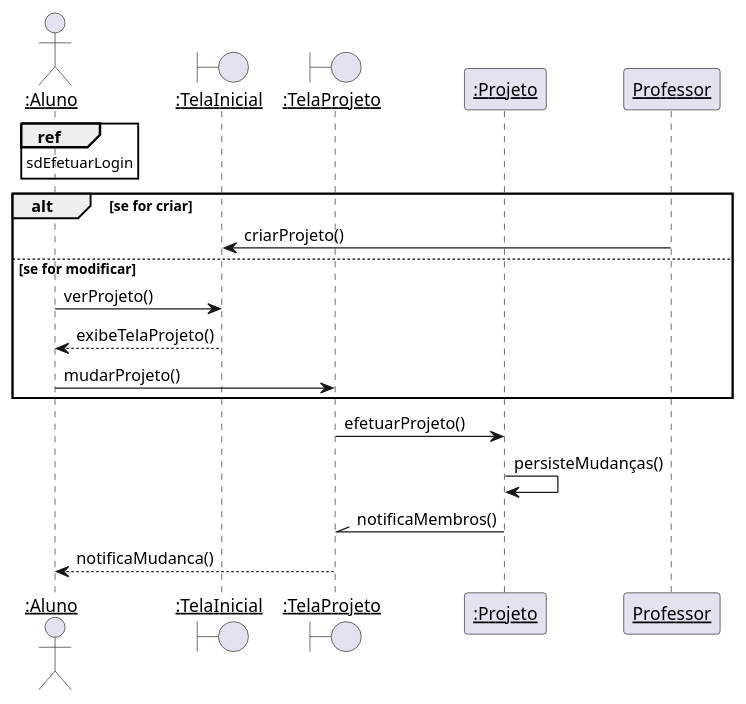
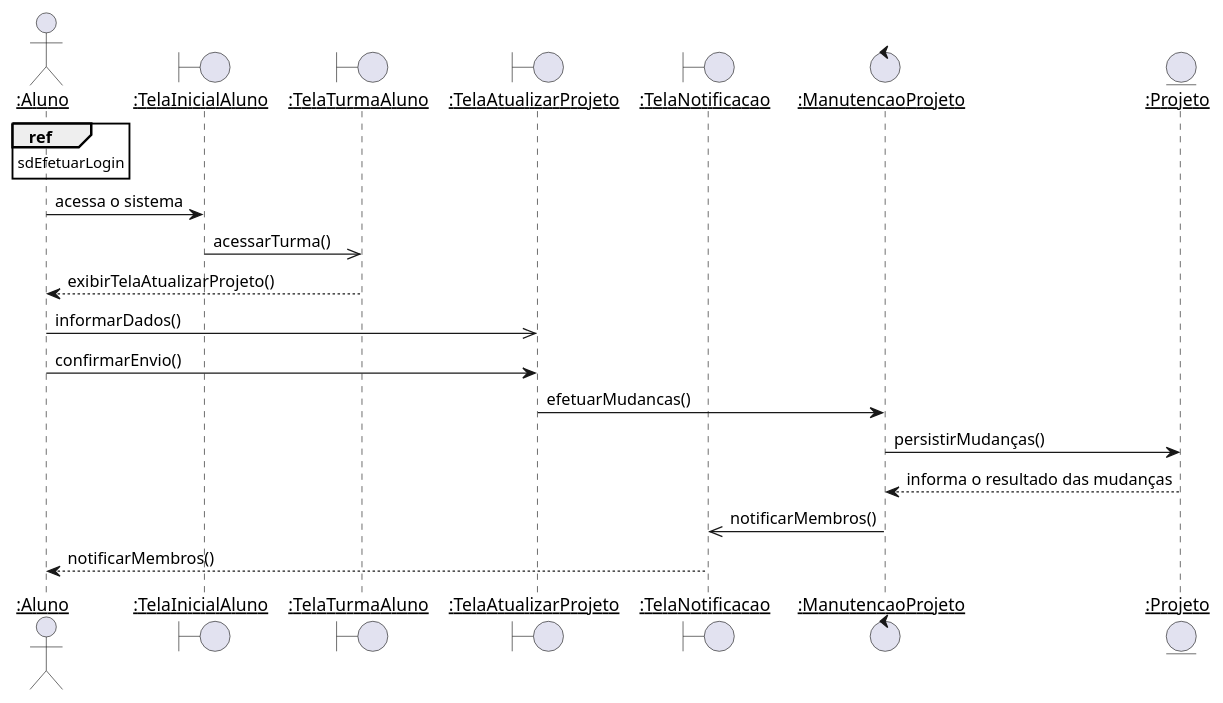
The diagram in diagramas/sequencia/manter_projeto.puml (Pedro-V/projetorium), drawn with PlantUML before and after one commit. The commit also changed 5 other files, not shown here.

Commit message:
Primeiros usecases feitos nos diagramas de classe e sequencia

```diff
--- a/diagramas/sequencia/manter_projeto.puml
+++ b/diagramas/sequencia/manter_projeto.puml
@@ -1,23 +1,25 @@
 @startuml
 skinparam sequenceParticipant underline
 
 actor ":Aluno" as Aluno
-boundary ":TelaInicial" as TelaInicial
-boundary ":TelaProjeto" as TelaProjeto
-participant ":Projeto" as Projeto
+boundary ":TelaInicialAluno" as TelaInicialAluno
+boundary ":TelaTurmaAluno" as TelaTurmaAluno
+boundary ":TelaAtualizarProjeto" as TelaAtualizarProjeto
+boundary ":TelaNotificacao" as TelaNotificacao
+control ":ManutencaoProjeto" as ManutencaoProjeto
+entity ":Projeto" as Projeto
 
 ref over Aluno : sdEfetuarLogin
 
-alt se for criar
-    Professor -> TelaInicial : criarProjeto()
-else se for modificar
-    Aluno -> TelaInicial : verProjeto()
-    TelaInicial --> Aluno : exibeTelaProjeto()
-    Aluno -> TelaProjeto : mudarProjeto()
-end
+Aluno -> TelaInicialAluno : acessa o sistema
+TelaInicialAluno ->> TelaTurmaAluno : acessarTurma()
+TelaTurmaAluno --> Aluno : exibirTelaAtualizarProjeto()
+Aluno ->> TelaAtualizarProjeto : informarDados()
+Aluno -> TelaAtualizarProjeto : confirmarEnvio()
 
-TelaProjeto -> Projeto : efetuarProjeto()
-Projeto -> Projeto : persisteMudanças()
-Projeto -\\ TelaProjeto : notificaMembros()
-TelaProjeto --> Aluno : notificaMudanca()
+TelaAtualizarProjeto -> ManutencaoProjeto : efetuarMudancas()
+ManutencaoProjeto -> Projeto : persistirMudanças()
+Projeto --> ManutencaoProjeto : informa o resultado das mudanças
+ManutencaoProjeto ->> TelaNotificacao : notificarMembros()
+TelaNotificacao --> Aluno : notificarMembros()
 @enduml
```
